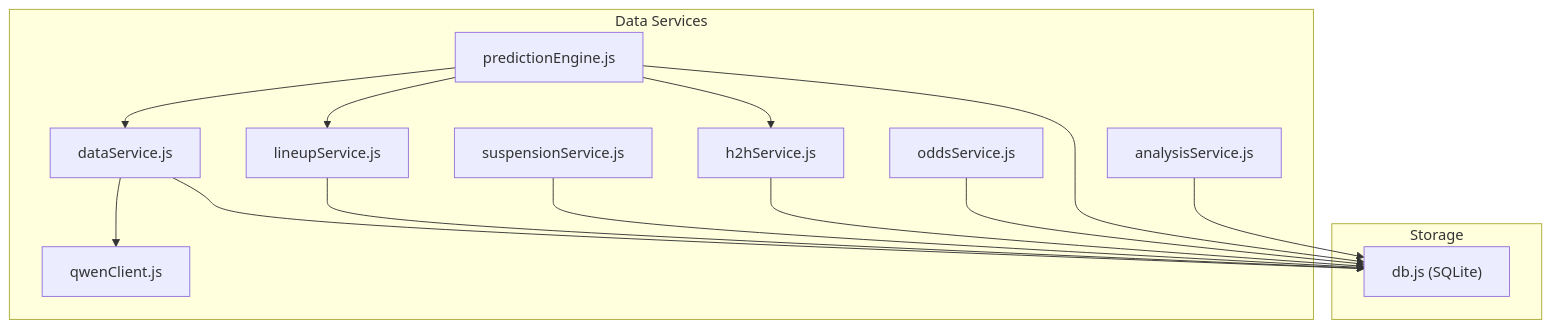
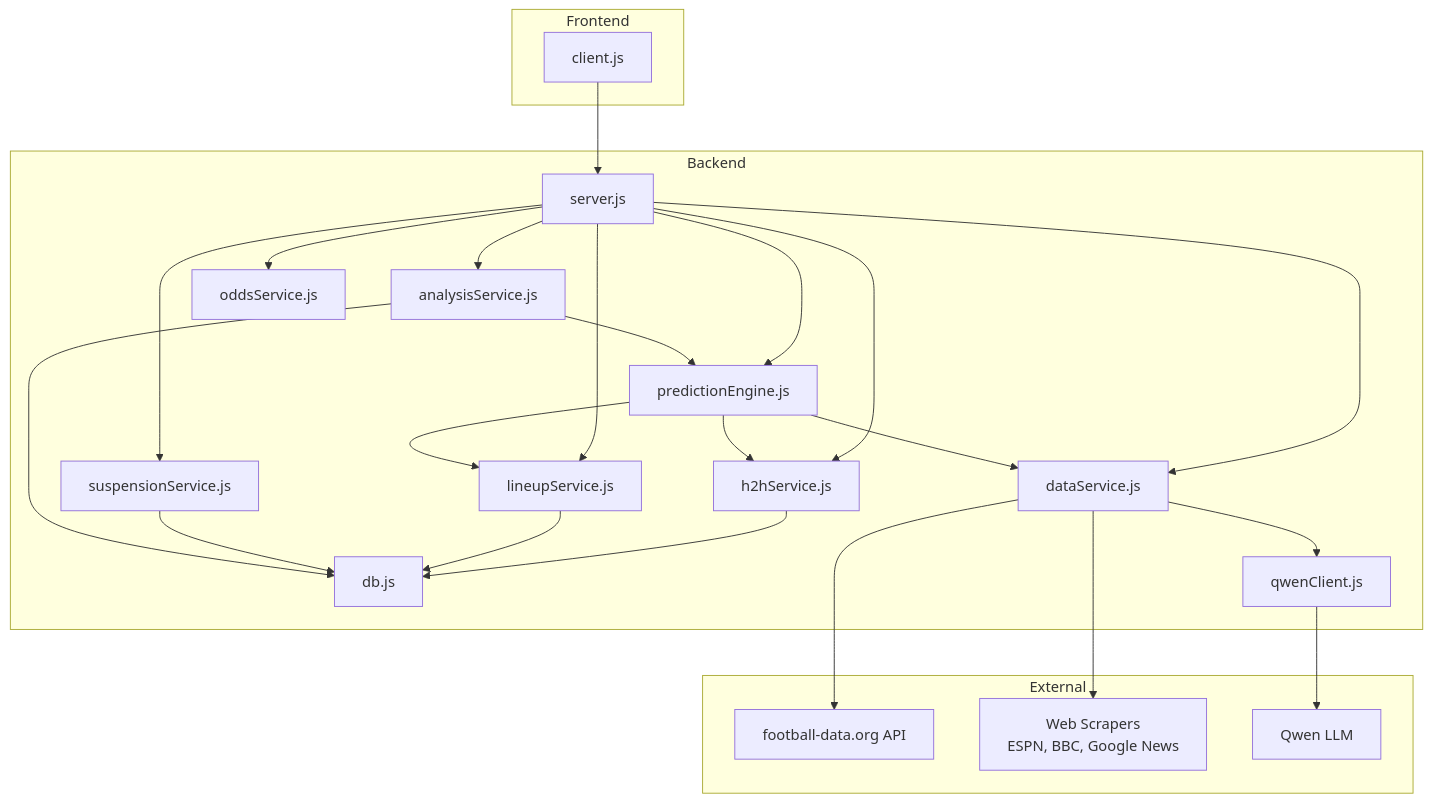
One commit to cheesiong/WC26-qwen changed the first of 8 diagrams in .qoder/repowiki/en/content/Data Services/Data Services.md. Above: the diagram before and after it, drawn with Mermaid. The commit also changed other lines of this file and 181 other files, not shown here.

First line of the commit message:
Add Sofascore and Google multi-source lineup scrapers

````diff
--- a/.qoder/repowiki/en/content/Data Services/Data Services.md
+++ b/.qoder/repowiki/en/content/Data Services/Data Services.md
@@ -52,27 +44,43 @@
 ```mermaid
 graph TB
-subgraph "Data Services"
+subgraph "Backend"
 DS["dataService.js"]
+H2HS["h2hService.js"]
 LS["lineupService.js"]
 SS["suspensionService.js"]
-H2H["h2hService.js"]
-OD["oddsService.js"]
 PE["predictionEngine.js"]
 AS["analysisService.js"]
-QC["qwenClient.js"]
+DB["db.js"]
+QW["qwenClient.js"]
+OD["oddsService.js"]
+SVR["server.js"]
 end
-subgraph "Storage"
-DB["db.js (SQLite)"]
+subgraph "External"
+API["football-data.org API"]
+WEB["Web Scrapers<br/>ESPN, BBC, Google News"]
+LLM["Qwen LLM"]
 end
-DS --> DB
+subgraph "Frontend"
+FE["client.js"]
+end
+FE --> SVR
+SVR --> DS
+SVR --> H2HS
+SVR --> LS
+SVR --> SS
+SVR --> PE
+SVR --> AS
+SVR --> OD
+DS --> API
+DS --> WEB
+DS --> QW
+H2HS --> DB
 LS --> DB
 SS --> DB
-H2H --> DB
-OD --> DB
-PE --> DB
+PE --> DS
+PE --> H2HS
+PE --> LS
+AS --> PE
 AS --> DB
-PE --> DS
-PE --> LS
-PE --> H2H
-DS --> QC
+QW --> LLM
 ```
````
